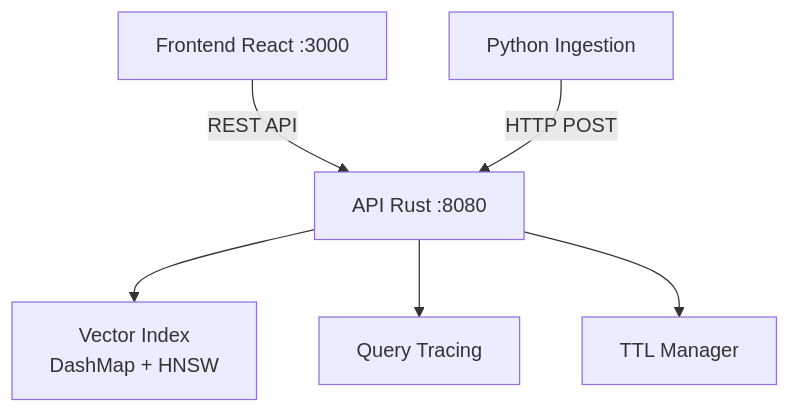
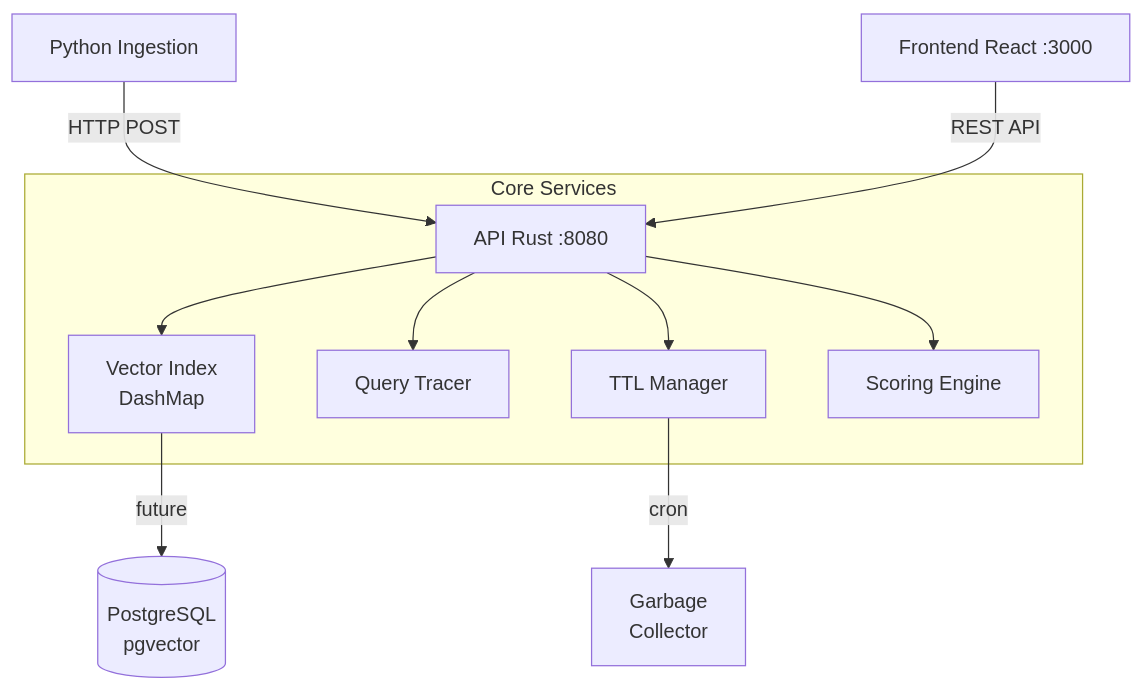
Before and after one commit to Brainfeed-1996/vector-citadel: the first of 3 diagrams in docs/architecture.md, drawn with Mermaid. The commit also changed other lines of this file and 5 other files, not shown here.

````diff
--- a/docs/architecture.md
+++ b/docs/architecture.md
@@ -17,8 +7,15 @@
 ```mermaid
 graph TD
-    A[Frontend React :3000] -->|REST API| B[API Rust :8080]
-    C[Python Ingestion] -->|HTTP POST| B
-    B --> D[Vector Index<br/>DashMap + HNSW]
-    B --> E[Query Tracing]
-    B --> F[TTL Manager]
+    PI[Python Ingestion] -->|HTTP POST| API[API Rust :8080]
+    FD[Frontend React :3000] -->|REST API| API
+    
+    subgraph Core[Core Services]
+        API --> VI[Vector Index<br/>DashMap]
+        API --> TR[Query Tracer]
+        API --> GC[TTL Manager]
+        API --> SC[Scoring Engine]
+    end
+    
+    VI -->|future| PG[(PostgreSQL<br/>pgvector)]
+    GC -->|cron| GCJOB[Garbage<br/>Collector]
 ```
````
